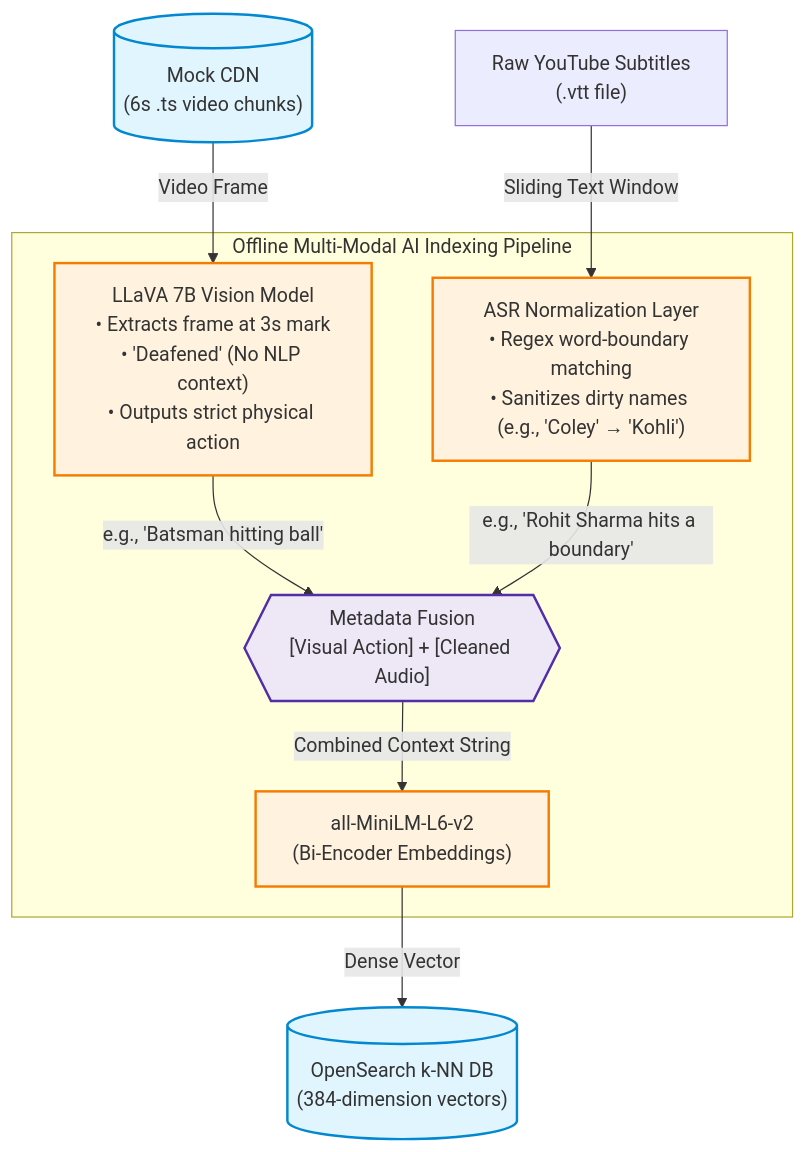
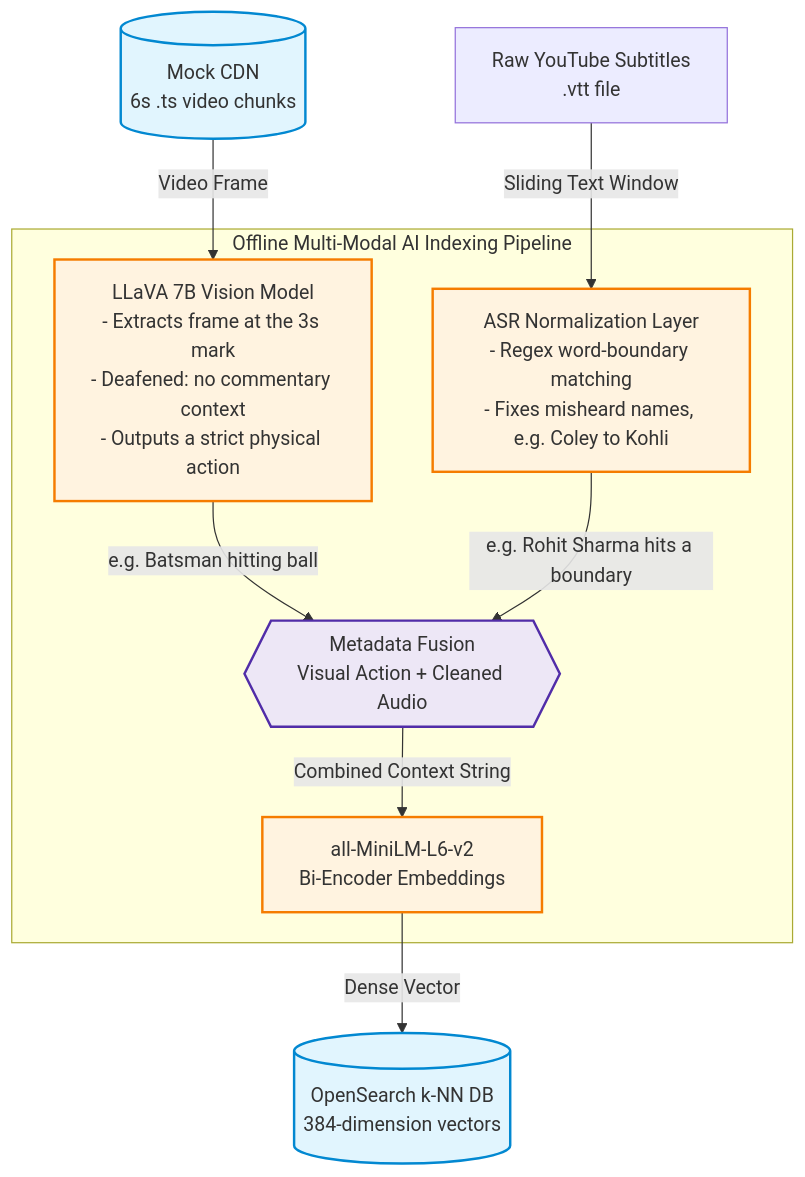
Before and after one commit to MNKCrypto/semantic-stream: the first of 2 diagrams in readme.md, drawn with Mermaid. The commit also changed other lines of this file, not shown here.

Commit message:
Simplify Mermaid diagrams for GitHub rendering

````diff
--- a/readme.md
+++ b/readme.md
@@ -23,40 +23,28 @@
 ```mermaid
 flowchart TD
-    %% Inputs
-    CDN[("Mock CDN<br/>(6s .ts video chunks)")]
-    VTT["Raw YouTube Subtitles<br/>(.vtt file)"]
+    CDN[("Mock CDN<br/>6s .ts video chunks")]
+    VTT["Raw YouTube Subtitles<br/>.vtt file"]
 
-    subgraph Offline_AI ["Offline Multi-Modal AI Indexing Pipeline"]
-        %% Vision Path
-        LLaVA["LLaVA 7B Vision Model<br/>• Extracts frame at 3s mark<br/>• 'Deafened' (No NLP context)<br/>• Outputs strict physical action"]
-
-        %% Audio Path
-        ASR["ASR Normalization Layer<br/>• Regex word-boundary matching<br/>• Sanitizes dirty names (e.g., 'Coley' → 'Kohli')"]
-
-        %% Fusion and Vectorization
-        Fusion{{"Metadata Fusion<br/>[Visual Action] + [Cleaned Audio]"}}
-        Embed["all-MiniLM-L6-v2<br/>(Bi-Encoder Embeddings)"]
+    subgraph Offline_AI["Offline Multi-Modal AI Indexing Pipeline"]
+        LLaVA["LLaVA 7B Vision Model<br/>- Extracts frame at the 3s mark<br/>- Deafened: no commentary context<br/>- Outputs a strict physical action"]
+        ASR["ASR Normalization Layer<br/>- Regex word-boundary matching<br/>- Fixes misheard names, e.g. Coley to Kohli"]
+        Fusion{{"Metadata Fusion<br/>Visual Action + Cleaned Audio"}}
+        Embed["all-MiniLM-L6-v2<br/>Bi-Encoder Embeddings"]
     end
 
-    %% Output
-    VectorDB[("OpenSearch k-NN DB<br/>(384-dimension vectors)")]
+    VectorDB[("OpenSearch k-NN DB<br/>384-dimension vectors")]
 
-    %% Flow logic
     CDN -->|"Video Frame"| LLaVA
     VTT -->|"Sliding Text Window"| ASR
-
-    LLaVA -->|"e.g., 'Batsman hitting ball'"| Fusion
-    ASR -->|"e.g., 'Rohit Sharma hits a boundary'"| Fusion
-
+    LLaVA -->|"e.g. Batsman hitting ball"| Fusion
+    ASR -->|"e.g. Rohit Sharma hits a boundary"| Fusion
     Fusion -->|"Combined Context String"| Embed
     Embed -->|"Dense Vector"| VectorDB
 
-    %% Styling
-    classDef storage fill:#e1f5fe,stroke:#0288d1,stroke-width:2px;
-    classDef ai fill:#fff3e0,stroke:#f57c00,stroke-width:2px;
-    classDef process fill:#ede7f6,stroke:#512da8,stroke-width:2px;
-
-    class CDN,VectorDB storage;
-    class LLaVA,Embed,ASR ai;
-    class Fusion process;
+    classDef storage fill:#e1f5fe,stroke:#0288d1,stroke-width:2px
+    classDef ai fill:#fff3e0,stroke:#f57c00,stroke-width:2px
+    classDef process fill:#ede7f6,stroke:#512da8,stroke-width:2px
+    class CDN,VectorDB storage
+    class LLaVA,Embed,ASR ai
+    class Fusion process
 ```
````
